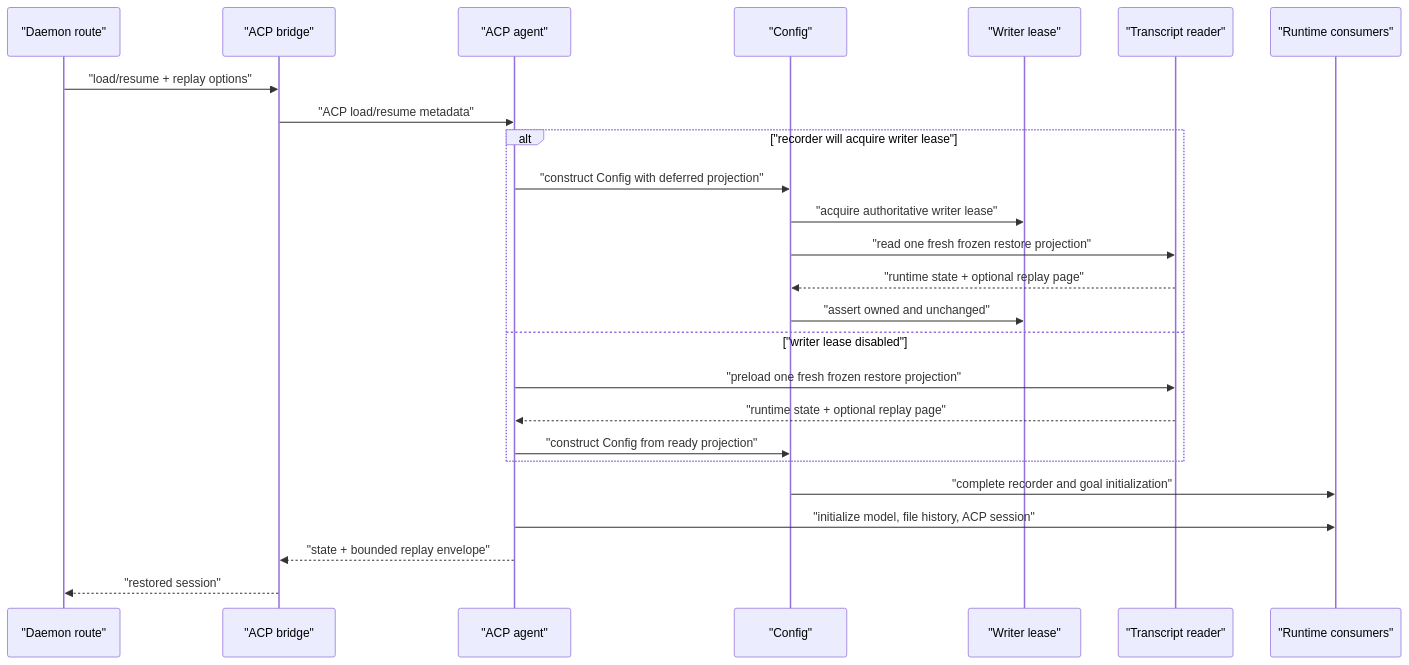
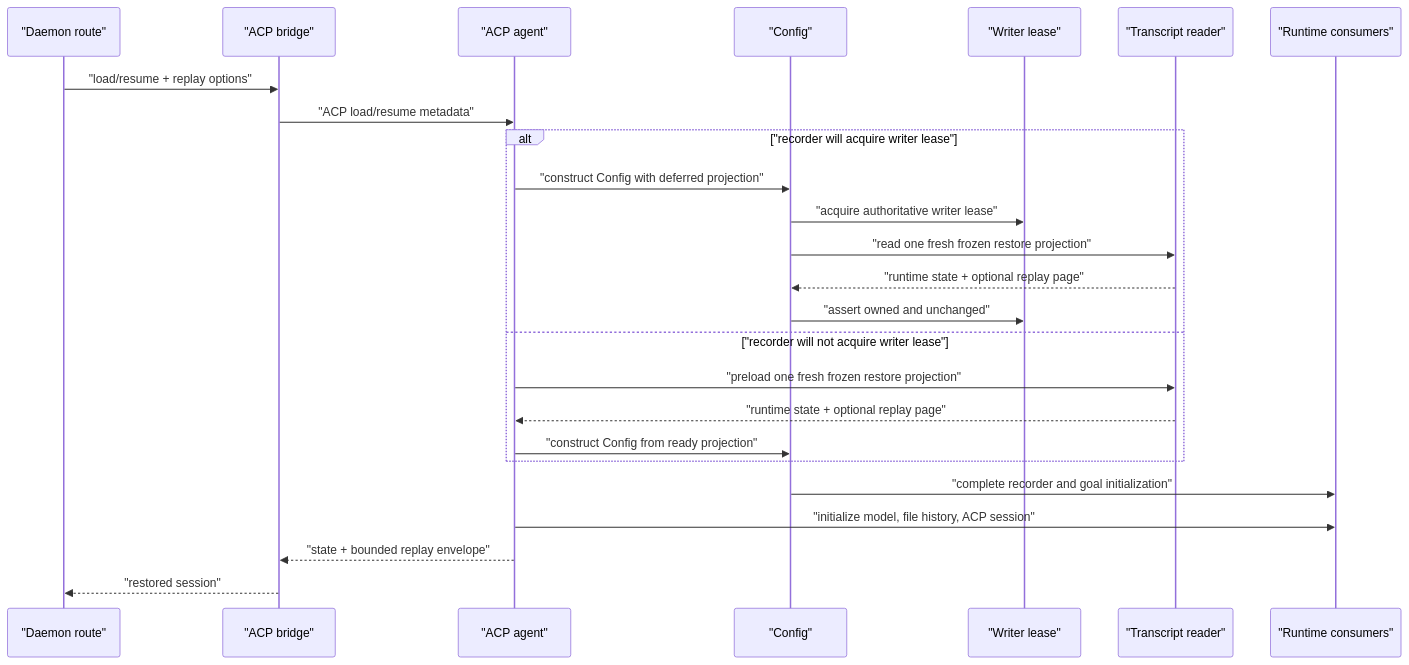
The diagram in docs/design/2026-08-08-selective-session-restore.md (QwenLM/qwen-code), drawn with Mermaid before and after one commit. The commit also changed other lines of this file and 1 other file, not shown here.

````diff
--- a/docs/design/2026-08-08-selective-session-restore.md
+++ b/docs/design/2026-08-08-selective-session-restore.md
@@ -513,28 +541,28 @@
 ```mermaid
 sequenceDiagram
   participant D as "Daemon route"
   participant B as "ACP bridge"
   participant A as "ACP agent"
   participant C as "Config"
   participant L as "Writer lease"
   participant R as "Transcript reader"
   participant S as "Runtime consumers"
 
   D->>B: "load/resume + replay options"
   B->>A: "ACP load/resume metadata"
   alt "recorder will acquire writer lease"
     A->>C: "construct Config with deferred projection"
     C->>L: "acquire authoritative writer lease"
     C->>R: "read one fresh frozen restore projection"
     R-->>C: "runtime state + optional replay page"
     C->>L: "assert owned and unchanged"
-  else "writer lease disabled"
+  else "recorder will not acquire writer lease"
     A->>R: "preload one fresh frozen restore projection"
     R-->>A: "runtime state + optional replay page"
     A->>C: "construct Config from ready projection"
   end
   C->>S: "complete recorder and goal initialization"
   A->>S: "initialize model, file history, ACP session"
   A-->>B: "state + bounded replay envelope"
   B-->>D: "restored session"
 ```
````
